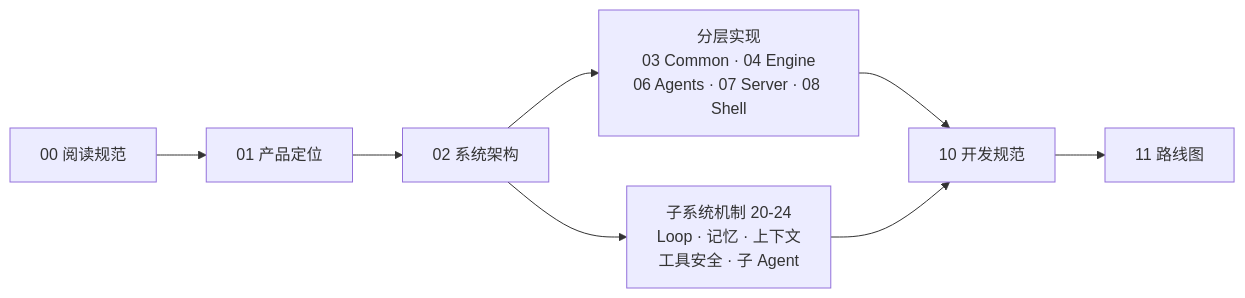
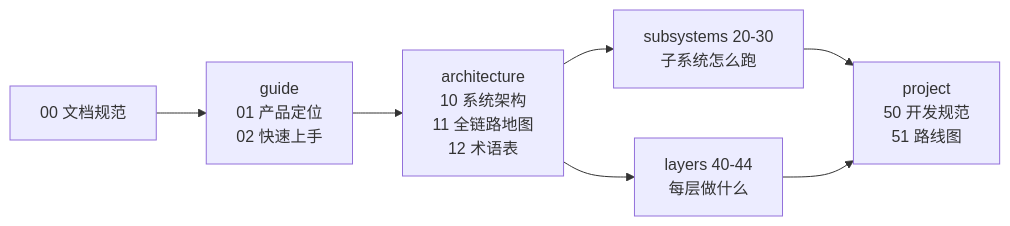
One commit to zyt2000123/openSmith changed the diagram in docs/README.md. Above: the diagram before and after it, drawn with Mermaid. The commit also changed other lines of this file and 88 other files, not shown here.

````diff
--- a/docs/README.md
+++ b/docs/README.md
@@ -9,10 +30,9 @@
 ```mermaid
 graph LR
-    G["00 阅读规范"] --> P["01 产品定位"]
-    P --> A["02 系统架构"]
-    A --> Layer["分层实现<br/>03 Common · 04 Engine<br/>06 Agents · 07 Server · 08 Shell"]
-    A --> Sub["子系统机制 20-24<br/>Loop · 记忆 · 上下文<br/>工具安全 · 子 Agent"]
-    Layer --> D["10 开发规范"]
-    Sub --> D
-    D --> R["11 路线图"]
+    G["00 文档规范"] --> P["guide<br/>01 产品定位<br/>02 快速上手"]
+    P --> A["architecture<br/>10 系统架构<br/>11 全链路地图<br/>12 术语表"]
+    A --> S["subsystems 20-30<br/>子系统怎么跑"]
+    A --> L["layers 40-44<br/>每层做什么"]
+    S --> J["project<br/>50 开发规范<br/>51 路线图"]
+    L --> J
 ```
````
